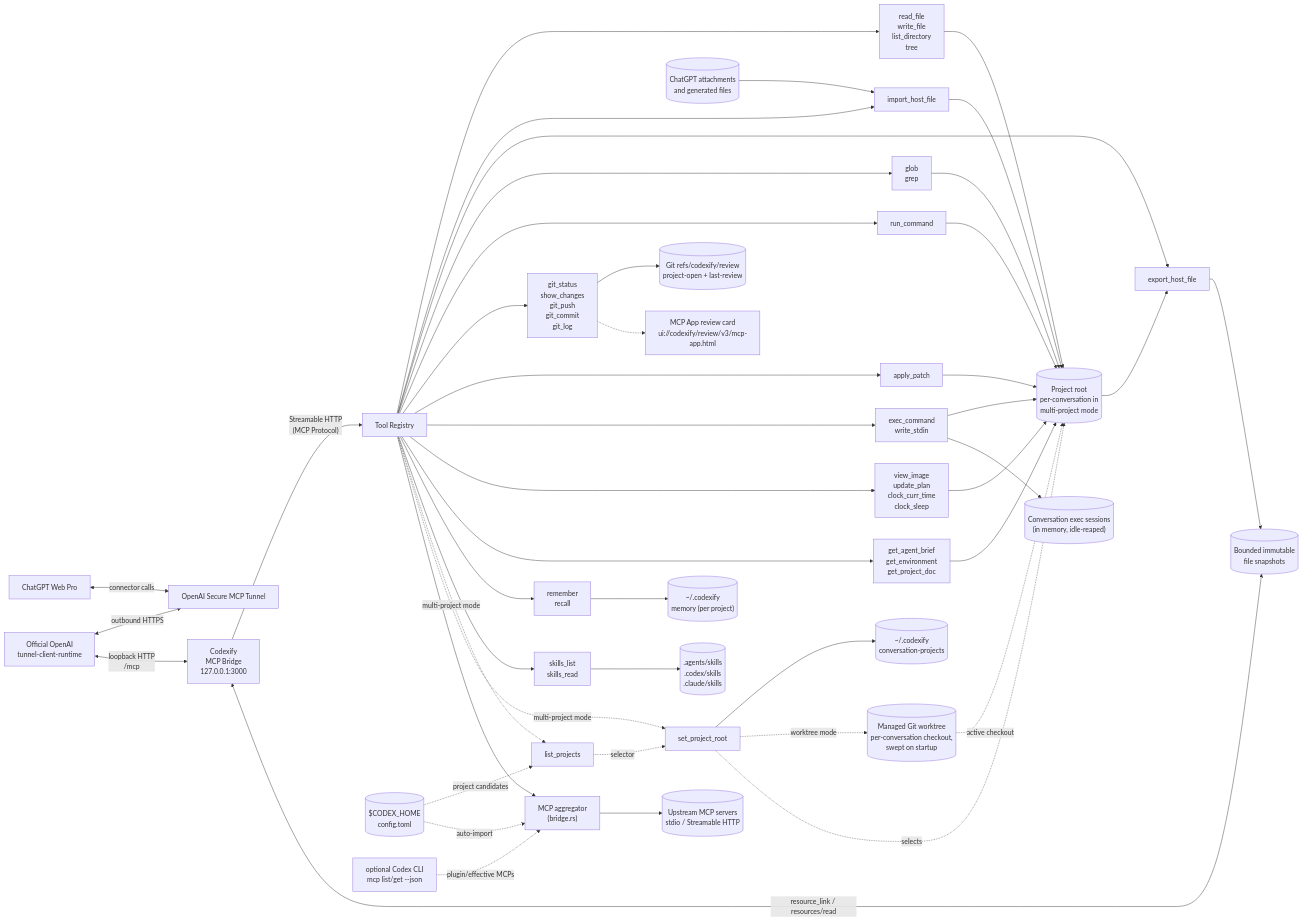
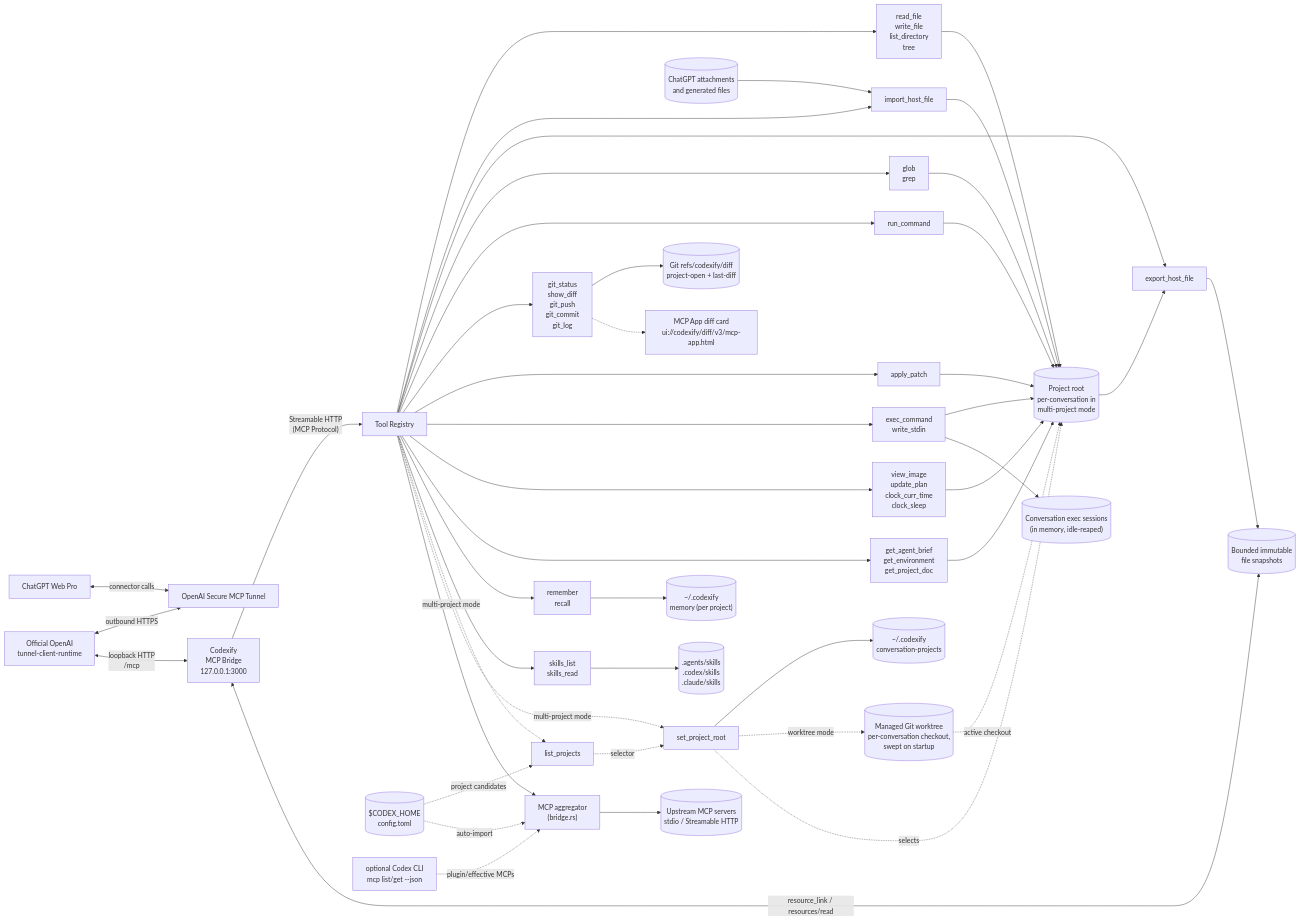
One commit to thesunwave/codexify changed the diagram in README.md. Above: the diagram before and after it, drawn with Mermaid. The commit also changed other lines of this file and 21 other files, not shown here.

Commit message:
refactor: rename change review surface to diff

```diff
--- a/README.md
+++ b/README.md
@@ -27,7 +27,7 @@
     Egress["export_host_file"]
     Search["glob\ngrep"]
     Shell["run_command"]
-    Git["git_status\nshow_changes\ngit_push\ngit_commit\ngit_log"]
+    Git["git_status\nshow_diff\ngit_push\ngit_commit\ngit_log"]
     Edit["apply_patch"]
     Exec["exec_command\nwrite_stdin"]
     Agent["view_image\nupdate_plan\nclock_curr_time\nclock_sleep"]
@@ -44,8 +44,8 @@
     Bindings[("~/.codexify\nconversation-projects")]
     Worktree[("Managed Git worktree\nper-conversation checkout,\nswept on startup")]
     ExecSessions[("Conversation exec sessions\n(in memory, idle-reaped)")]
-    ReviewRefs[("Git refs/codexify/review\nproject-open + last-review")]
-    ReviewUI["MCP App review card\nui://codexify/review/v3/mcp-app.html"]
+    DiffRefs[("Git refs/codexify/diff\nproject-open + last-diff")]
+    DiffUI["MCP App diff card\nui://codexify/diff/v3/mcp-app.html"]
     SkillDirs[(".agents/skills\n.codex/skills\n.claude/skills")]
     CodexCfg[("$CODEX_HOME\nconfig.toml")]
     CodexCli["optional Codex CLI\nmcp list/get --json"]
@@ -91,8 +91,8 @@
     SetRoot -.->|"worktree mode"| Worktree
     Worktree -.->|"active checkout"| WorkDir
     Exec --> ExecSessions
-    Git --> ReviewRefs
-    Git -.-> ReviewUI
+    Git --> DiffRefs
+    Git -.-> DiffUI
     SetRoot -.->|"selects"| WorkDir
     CodexCfg -.->|"project candidates"| ListProjects
     CodexCfg -.->|"auto-import"| Bridge
```
